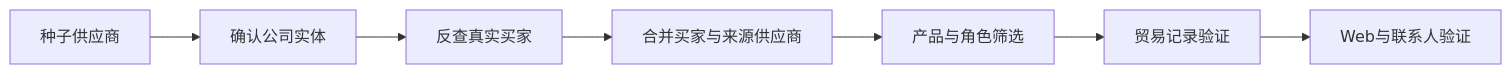
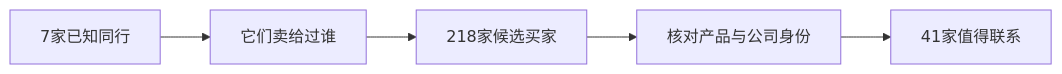
Before and after one commit to raychen-sjtu/waimao-zhaoke: the diagram in README.md, drawn with Mermaid. The commit also changed other lines of this file and 1 other file, not shown here.

````diff
--- a/README.md
+++ b/README.md
@@ -17,9 +11,7 @@
 ```mermaid
 flowchart LR
-    A["种子供应商"] --> B["确认公司实体"]
-    B --> C["反查真实买家"]
-    C --> D["合并买家与来源供应商"]
-    D --> E["产品与角色筛选"]
-    E --> F["贸易记录验证"]
-    F --> G["Web与联系人验证"]
+    A["7家已知同行"] --> B["它们卖给过谁"]
+    B --> C["218家候选买家"]
+    C --> D["核对产品与公司身份"]
+    D --> E["41家值得联系"]
 ```
````
